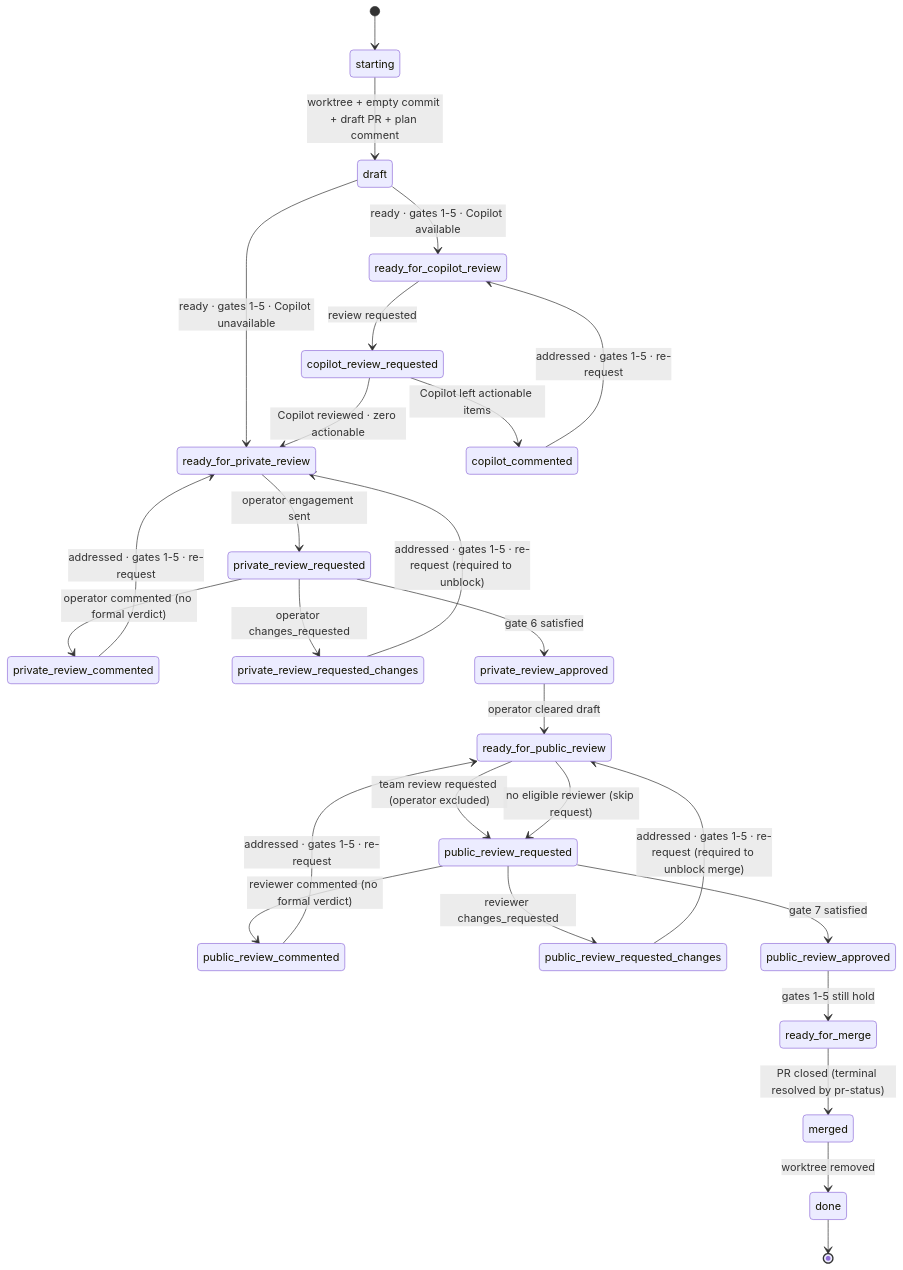
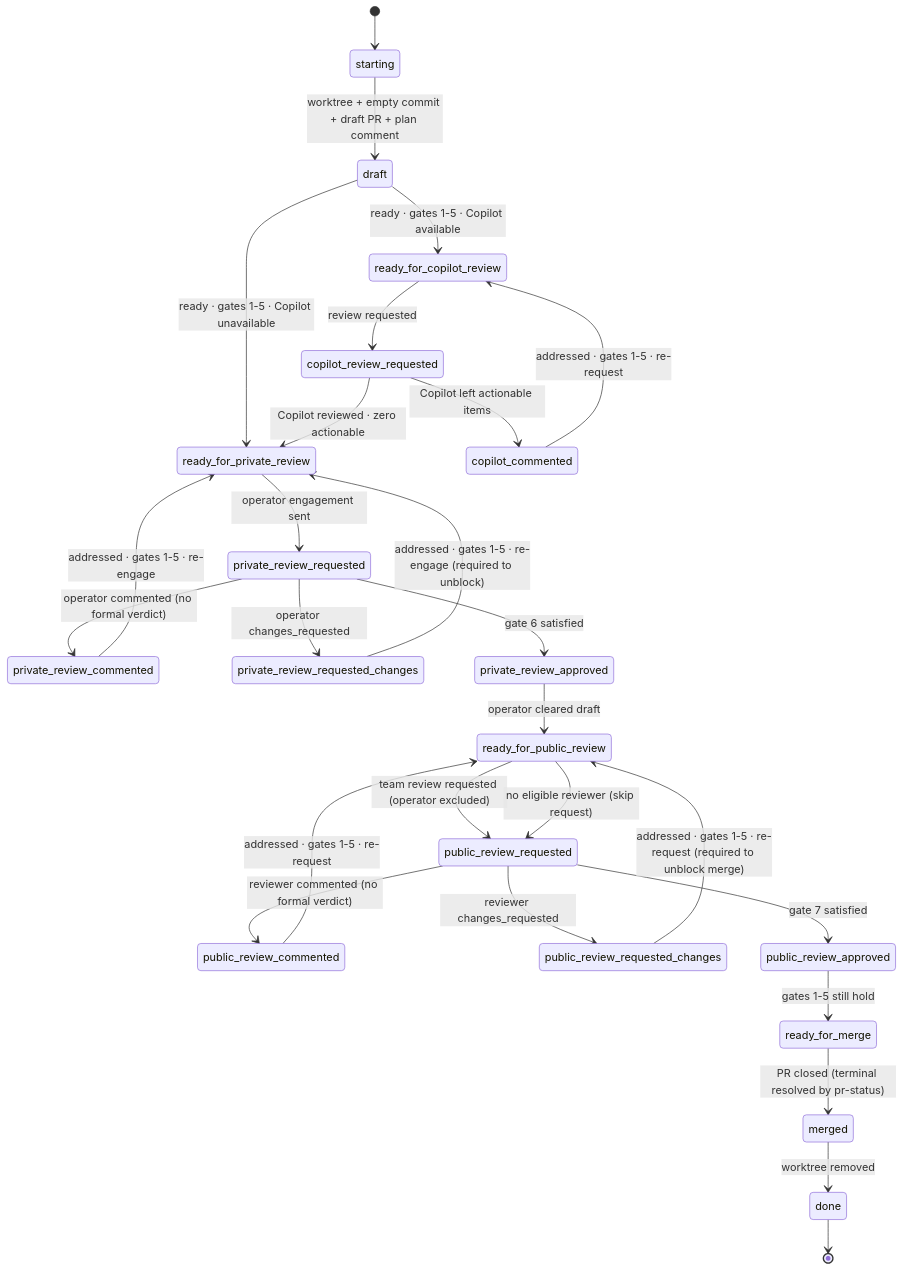
The diagram in plugins/land/skills/deliver/mode-team.md (ianwremmel/agentic), drawn with Mermaid before and after one commit. The commit also changed other lines of this file and 2 other files, not shown here.

Commit message:
fix: bound the poll floor and name the operator-review path in land
Polling licensed "re-checking more often than the schedule" fifteen
lines under a hard "never poll faster than once per minute", which an
agent can resolve either way. State the floor at the license.

A refused Copilot request said to "continue to the next state", which
resolves either to copilot_review_requested (and an indefinite wait for
a review that never arrives) or to the Copilot-unavailable edge. Name
the branch.

mode-team told the agent to re-request review from the operator in the
private stages, which credentials-shared declares impossible — the
platform refuses a request naming the authenticated account. Use
re-engage there, matching mode-solo; the public stages target the team,
where requests work, and keep re-request.

````diff
--- a/plugins/land/skills/deliver/mode-team.md
+++ b/plugins/land/skills/deliver/mode-team.md
@@ -28,45 +28,45 @@
 ```mermaid
 stateDiagram-v2
     [*] --> starting
 
     starting --> draft: worktree + empty commit + draft PR + plan comment
 
     draft --> ready_for_copilot_review: ready · gates 1-5 · Copilot available
     draft --> ready_for_private_review: ready · gates 1-5 · Copilot unavailable
 
     ready_for_copilot_review --> copilot_review_requested: review requested
 
     copilot_review_requested --> copilot_commented: Copilot left actionable items
     copilot_review_requested --> ready_for_private_review: Copilot reviewed · zero actionable
 
     copilot_commented --> ready_for_copilot_review: addressed · gates 1-5 · re-request
 
     ready_for_private_review --> private_review_requested: operator engagement sent
 
     private_review_requested --> private_review_commented: operator commented (no formal verdict)
     private_review_requested --> private_review_requested_changes: operator changes_requested
     private_review_requested --> private_review_approved: gate 6 satisfied
 
-    private_review_commented --> ready_for_private_review: addressed · gates 1-5 · re-request
-    private_review_requested_changes --> ready_for_private_review: addressed · gates 1-5 · re-request (required to unblock)
+    private_review_commented --> ready_for_private_review: addressed · gates 1-5 · re-engage
+    private_review_requested_changes --> ready_for_private_review: addressed · gates 1-5 · re-engage (required to unblock)
 
     private_review_approved --> ready_for_public_review: operator cleared draft
 
     ready_for_public_review --> public_review_requested: team review requested (operator excluded)
     ready_for_public_review --> public_review_requested: no eligible reviewer (skip request)
 
     public_review_requested --> public_review_commented: reviewer commented (no formal verdict)
     public_review_requested --> public_review_requested_changes: reviewer changes_requested
     public_review_requested --> public_review_approved: gate 7 satisfied
 
     public_review_commented --> ready_for_public_review: addressed · gates 1-5 · re-request
     public_review_requested_changes --> ready_for_public_review: addressed · gates 1-5 · re-request (required to unblock merge)
 
     public_review_approved --> ready_for_merge: gates 1-5 still hold
 
     ready_for_merge --> merged: PR closed (terminal resolved by pr-status)
 
     merged --> done: worktree removed
 
     done --> [*]
 ```
````
